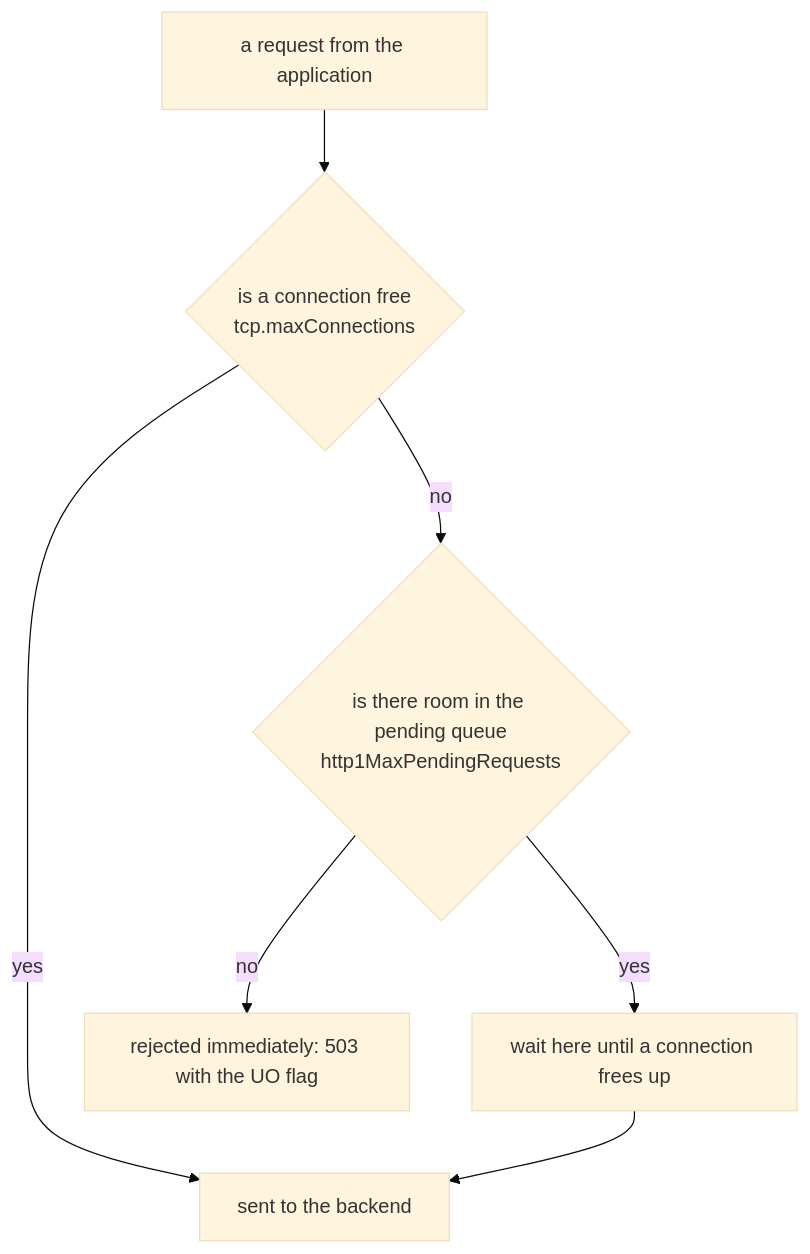
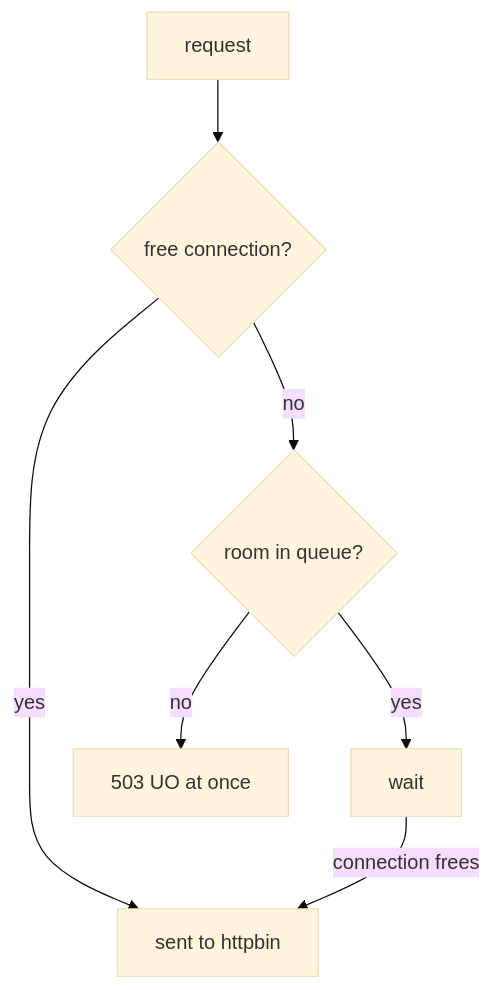
One commit to astrona-io/ATS014 changed the diagram in sections/section-040/module-02/course-01-the-connection-pool.md. Above: the diagram before and after it, drawn with Mermaid (base theme). The commit also changed other lines of this file and 444 other files, not shown here.

````diff
--- a/sections/section-040/module-02/course-01-the-connection-pool.md
+++ b/sections/section-040/module-02/course-01-the-connection-pool.md
@@ -61,9 +64,9 @@
 ```mermaid
-flowchart TD
-    A["a request from the application"] --> C{"is a connection free<br/>tcp.maxConnections"}
-    C -->|"yes"| U["sent to the backend"]
-    C -->|"no"| Q{"is there room in the pending queue<br/>http1MaxPendingRequests"}
-    Q -->|"yes"| W["wait here until a connection frees up"]
-    W --> U
-    Q -->|"no"| R["rejected immediately: 503 with the UO flag"]
+flowchart TB
+    A["request"] --> C{"free connection?"}
+    C -->|"yes"| U["sent to httpbin"]
+    C -->|"no"| Q{"room in queue?"}
+    Q -->|"yes"| W["wait"]
+    W -->|"connection frees"| U
+    Q -->|"no"| R["503 UO at once"]
 ```
````
